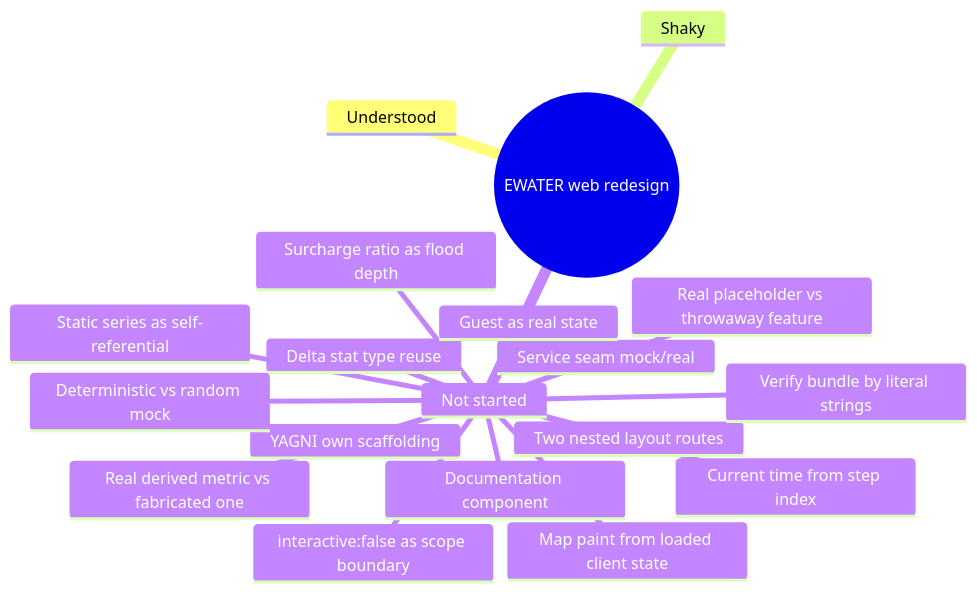
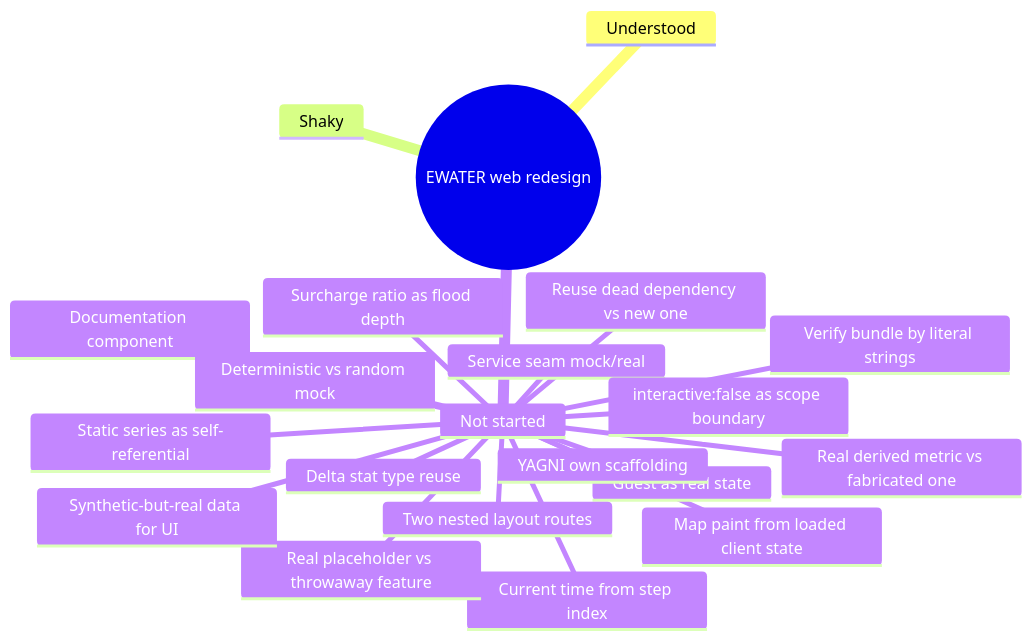
The diagram in docs/LEARNING_LOG.md (Phonghigh/EWATER), drawn with Mermaid before and after one commit. The commit also changed other lines of this file and 11 other files, not shown here.

````diff
--- a/docs/LEARNING_LOG.md
+++ b/docs/LEARNING_LOG.md
@@ -34,22 +36,24 @@
 ```mermaid
 mindmap
   root((EWATER web redesign))
     Understood
     Shaky
     Not started
       Delta stat type reuse
       Service seam mock/real
       Guest as real state
       Documentation component
       Two nested layout routes
       YAGNI own scaffolding
       Verify bundle by literal strings
       Surcharge ratio as flood depth
       Deterministic vs random mock
       Current time from step index
       Real placeholder vs throwaway feature
       interactive:false as scope boundary
       Map paint from loaded client state
       Static series as self-referential
       Real derived metric vs fabricated one
+      Reuse dead dependency vs new one
+      Synthetic-but-real data for UI
 ```
````
